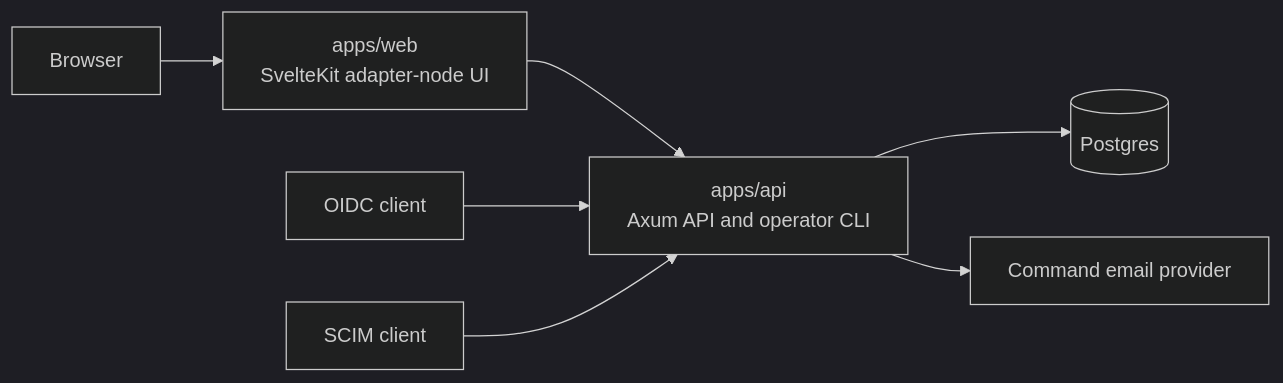
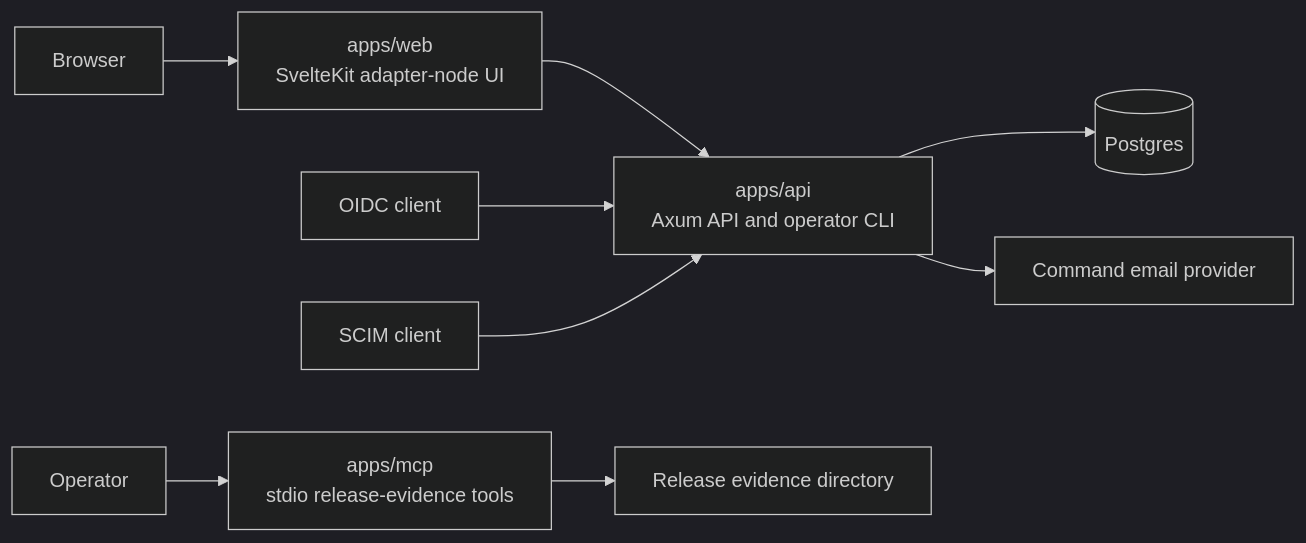
Before and after one commit to cairnid/cairnid: the first of 3 diagrams in docs/architecture/overview.md, drawn with Mermaid (dark theme). The commit also changed other lines of this file and 9 other files, not shown here.

Commit message:
Add CairnID MCP evidence tools

````diff
--- a/docs/architecture/overview.md
+++ b/docs/architecture/overview.md
@@ -7,17 +7,21 @@
 ```mermaid
 flowchart LR
   browser["Browser"]
+  operator["Operator"]
   web["apps/web\nSvelteKit adapter-node UI"]
   api["apps/api\nAxum API and operator CLI"]
+  mcp["apps/mcp\nstdio release-evidence tools"]
   postgres[("Postgres")]
   oidcClient["OIDC client"]
   scimClient["SCIM client"]
   emailProvider["Command email provider"]
 
   browser --> web
   web --> api
+  operator --> mcp
   oidcClient --> api
   scimClient --> api
+  mcp --> evidence["Release evidence directory"]
   api --> postgres
   api --> emailProvider
 ```
````
